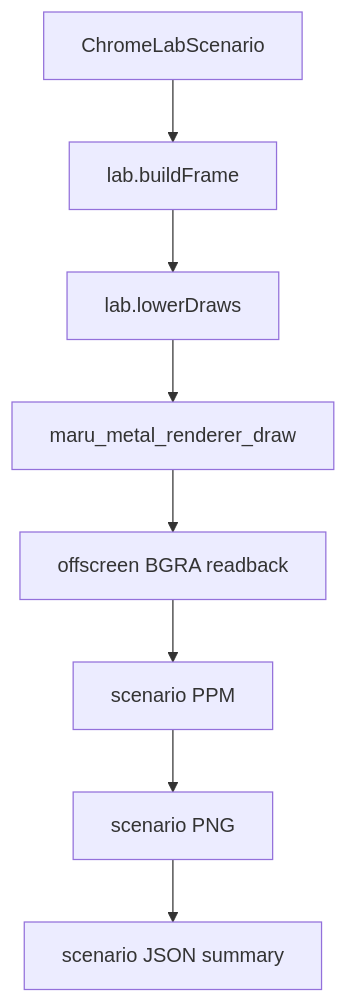
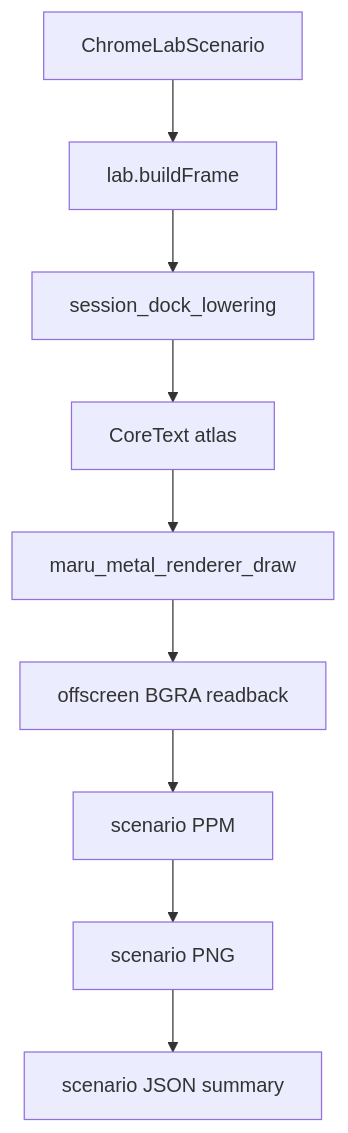
One commit to ohah/maru changed the fifth of 5 diagrams in docs/metal-ui-layout.md. Above: the diagram before and after it, drawn with Mermaid. The commit also changed other lines of this file and 18 other files, not shown here.

Commit message:
feat(chrome): connect session dock component tree

````diff
--- a/docs/metal-ui-layout.md
+++ b/docs/metal-ui-layout.md
@@ -640,10 +638,11 @@
 ```mermaid
 flowchart TD
     A[ChromeLabScenario] --> B[lab.buildFrame]
-    B --> C[lab.lowerDraws]
-    C --> D[maru_metal_renderer_draw]
-    D --> E[offscreen BGRA readback]
-    E --> F[scenario PPM]
-    F --> G[scenario PNG]
-    G --> H[scenario JSON summary]
+    B --> C[session_dock_lowering]
+    C --> D[CoreText atlas]
+    D --> E[maru_metal_renderer_draw]
+    E --> F[offscreen BGRA readback]
+    F --> G[scenario PPM]
+    G --> H[scenario PNG]
+    H --> I[scenario JSON summary]
 ```
````
